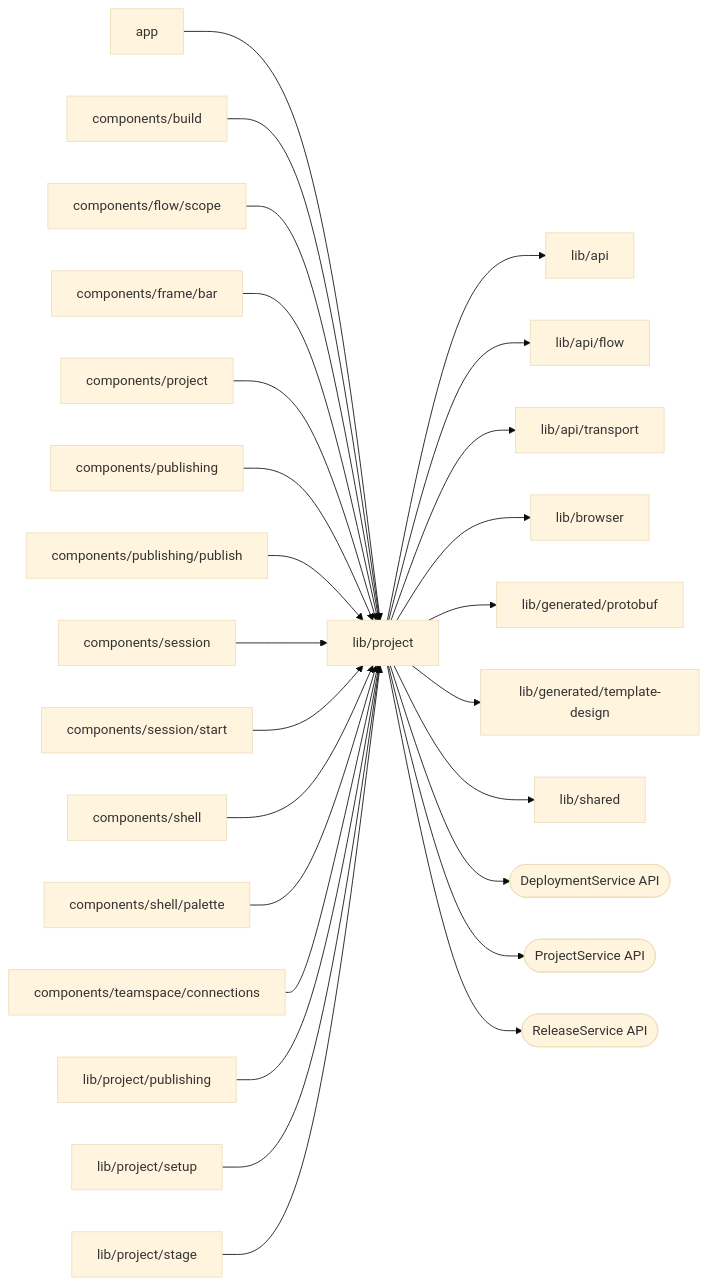
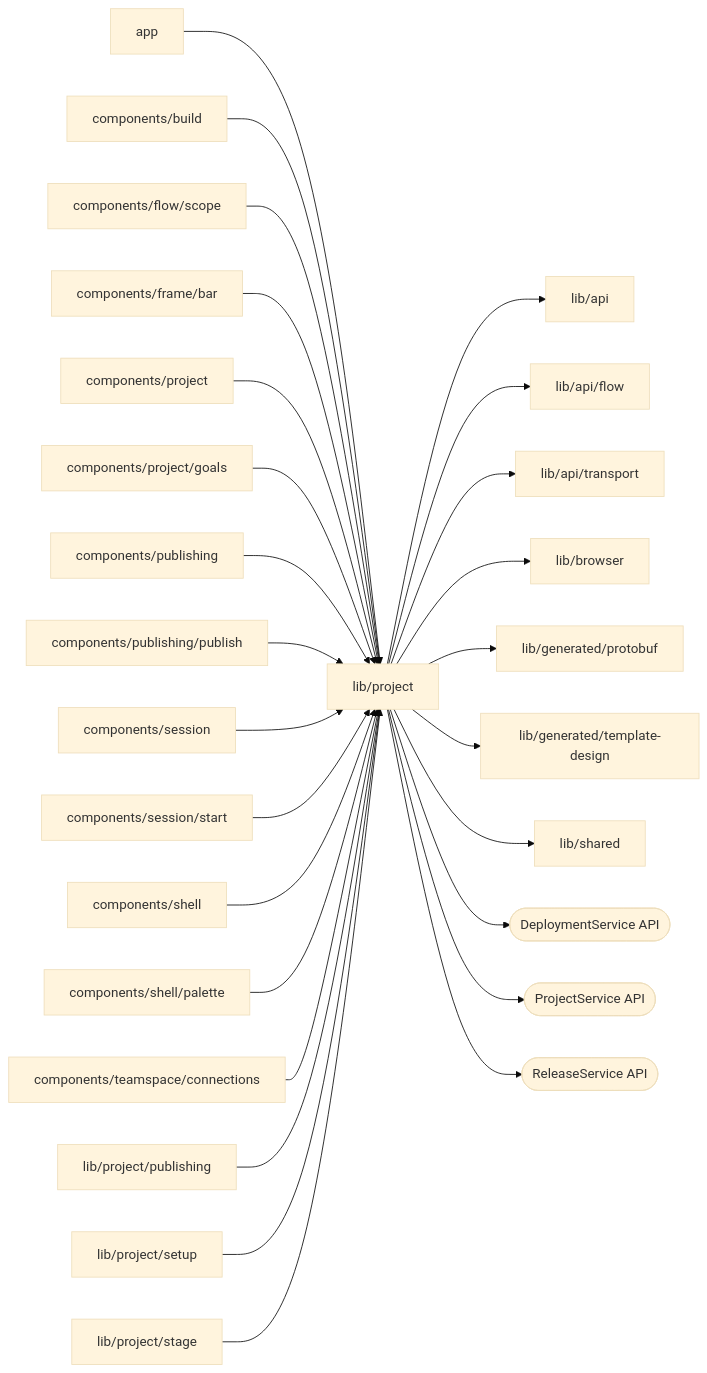
The diagram in web/studio/lib/project/README.md (superdurable/superverse), drawn with Mermaid (base theme) before and after one commit. The commit also changed other lines of this file and 145 other files, not shown here.

````diff
--- a/web/studio/lib/project/README.md
+++ b/web/studio/lib/project/README.md
@@ -10,29 +10,30 @@
 ```mermaid
 flowchart LR
   self["lib/project"]
   c0["app"] --> self
   c1["components/build"] --> self
   c2["components/flow/scope"] --> self
   c3["components/frame/bar"] --> self
   c4["components/project"] --> self
-  c5["components/publishing"] --> self
-  c6["components/publishing/publish"] --> self
-  c7["components/session"] --> self
-  c8["components/session/start"] --> self
-  c9["components/shell"] --> self
-  c10["components/shell/palette"] --> self
-  c11["components/teamspace/connections"] --> self
-  c12["lib/project/publishing"] --> self
-  c13["lib/project/setup"] --> self
-  c14["lib/project/stage"] --> self
+  c5["components/project/goals"] --> self
+  c6["components/publishing"] --> self
+  c7["components/publishing/publish"] --> self
+  c8["components/session"] --> self
+  c9["components/session/start"] --> self
+  c10["components/shell"] --> self
+  c11["components/shell/palette"] --> self
+  c12["components/teamspace/connections"] --> self
+  c13["lib/project/publishing"] --> self
+  c14["lib/project/setup"] --> self
+  c15["lib/project/stage"] --> self
   self --> d0["lib/api"]
   self --> d1["lib/api/flow"]
   self --> d2["lib/api/transport"]
   self --> d3["lib/browser"]
   self --> d4["lib/generated/protobuf"]
   self --> d5["lib/generated/template-design"]
   self --> d6["lib/shared"]
   self --> e0(["DeploymentService API"])
   self --> e1(["ProjectService API"])
   self --> e2(["ReleaseService API"])
 ```
````
